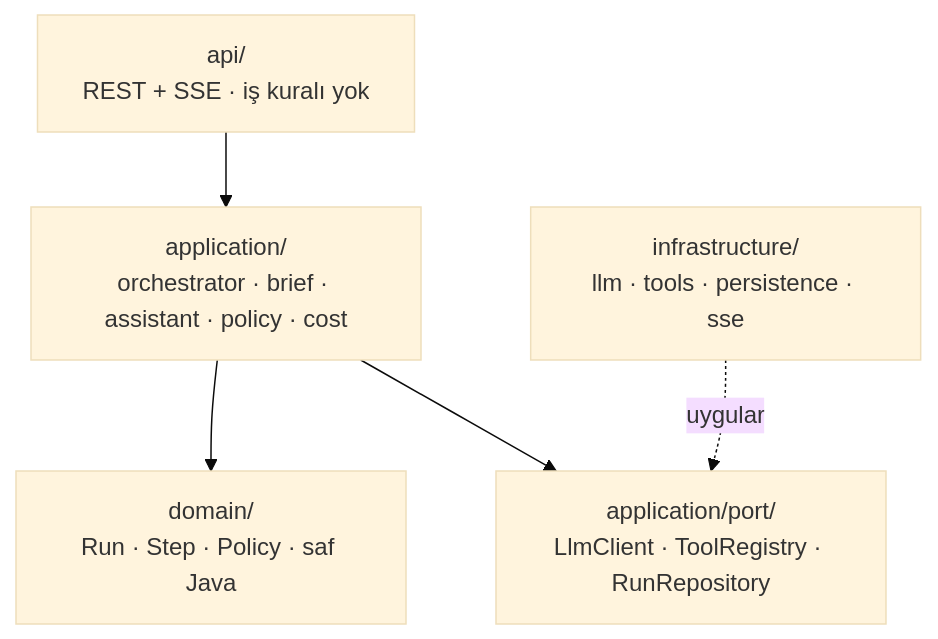
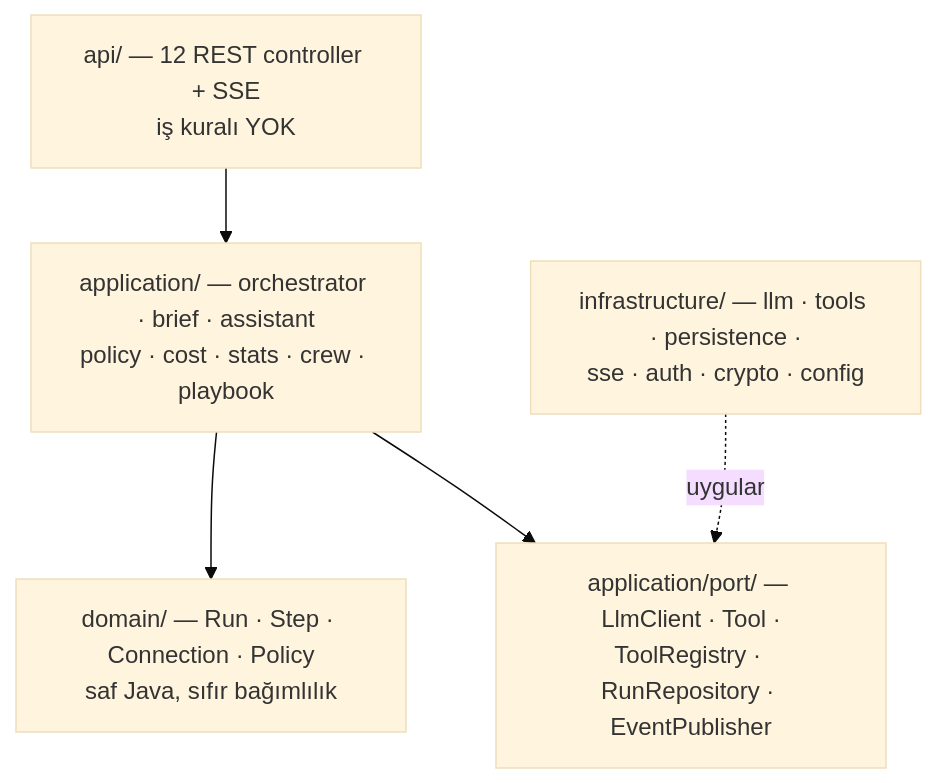
Before and after one commit to SamedBilginAlternet/relay: the fifth of 5 diagrams in docs/ARCHITECTURE.md, drawn with Mermaid (base theme). The commit also changed other lines of this file and 2 other files, not shown here.

````diff
--- a/docs/ARCHITECTURE.md
+++ b/docs/ARCHITECTURE.md
@@ -175,8 +418,8 @@
 ```mermaid
 flowchart TD
-    API[api/<br/>REST + SSE · iş kuralı yok] --> APP
-    APP[application/<br/>orchestrator · brief · assistant · policy · cost] --> DOM
-    APP --> PORT[application/port/<br/>LlmClient · ToolRegistry · RunRepository]
-    INFRA[infrastructure/<br/>llm · tools · persistence · sse] -.uygular.-> PORT
-    DOM[domain/<br/>Run · Step · Policy · saf Java]
+    API["api/ — 12 REST controller + SSE<br/>iş kuralı YOK"] --> APP
+    APP["application/ — orchestrator · brief · assistant<br/>policy · cost · stats · crew · playbook"] --> DOM
+    APP --> PORT["application/port/ — LlmClient · Tool ·<br/>ToolRegistry · RunRepository · EventPublisher"]
+    INFRA["infrastructure/ — llm · tools · persistence ·<br/>sse · auth · crypto · config"] -. uygular .-> PORT
+    DOM["domain/ — Run · Step · Connection · Policy<br/>saf Java, sıfır bağımlılık"]
 ```
````
